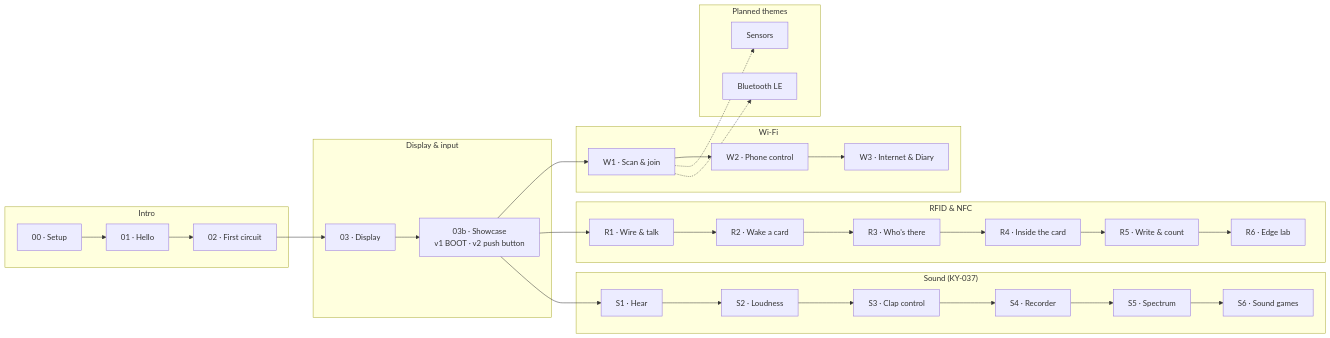
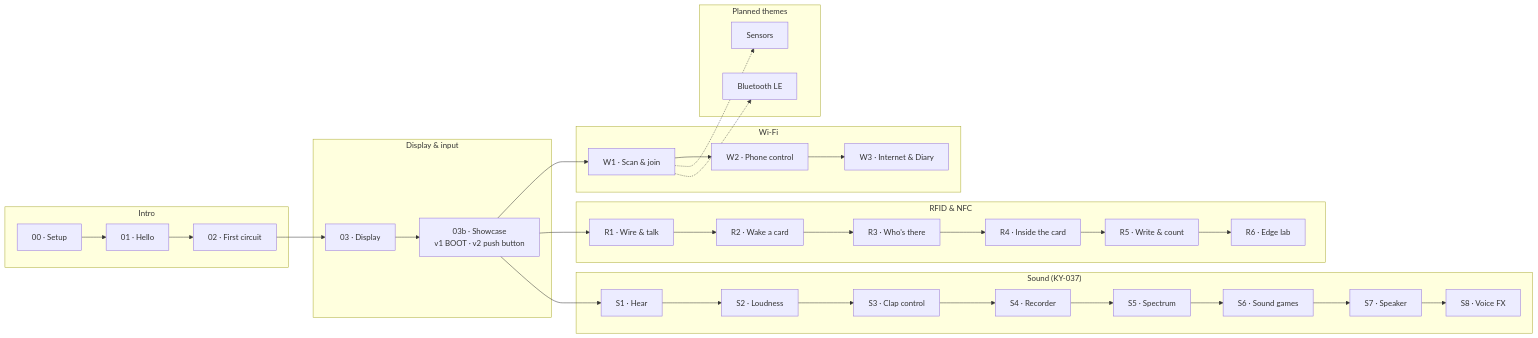
One commit to agharsallah/esp-labs changed the second of 10 diagrams in README.md. Above: the diagram before and after it, drawn with Mermaid. The commit also changed other lines of this file and 2 other files, not shown here.

Commit message:
docs(test-esp): log the speaker labs and update the guide

````diff
--- a/README.md
+++ b/README.md
@@ -55,28 +57,28 @@
 ```mermaid
 flowchart LR
   subgraph Intro
     L0["00 · Setup"] --> L1["01 · Hello"] --> L2["02 · First circuit"]
   end
   subgraph Display["Display & input"]
     L3["03 · Display"] --> L3b["03b · Showcase<br/>v1 BOOT · v2 push button"]
   end
   subgraph WiFi["Wi-Fi"]
     W1["W1 · Scan & join"] --> W2["W2 · Phone control"] --> W3["W3 · Internet & Diary"]
   end
   subgraph RFID["RFID & NFC"]
     R1["R1 · Wire & talk"] --> R2["R2 · Wake a card"] --> R3["R3 · Who's there"] --> R4["R4 · Inside the card"] --> R5["R5 · Write & count"] --> R6["R6 · Edge lab"]
   end
   subgraph Sound["Sound (KY-037)"]
-    S1["S1 · Hear"] --> S2["S2 · Loudness"] --> S3["S3 · Clap control"] --> S4["S4 · Recorder"] --> S5["S5 · Spectrum"] --> S6["S6 · Sound games"]
+    S1["S1 · Hear"] --> S2["S2 · Loudness"] --> S3["S3 · Clap control"] --> S4["S4 · Recorder"] --> S5["S5 · Spectrum"] --> S6["S6 · Sound games"] --> S7["S7 · Speaker"] --> S8["S8 · Voice FX"]
   end
   subgraph Planned["Planned themes"]
     S["Sensors"]
     B["Bluetooth LE"]
   end
   L2 --> L3
   L3b --> W1
   W1 -.-> S
   W1 -.-> B
   L3b --> R1
   L3b --> S1
 ```
````
